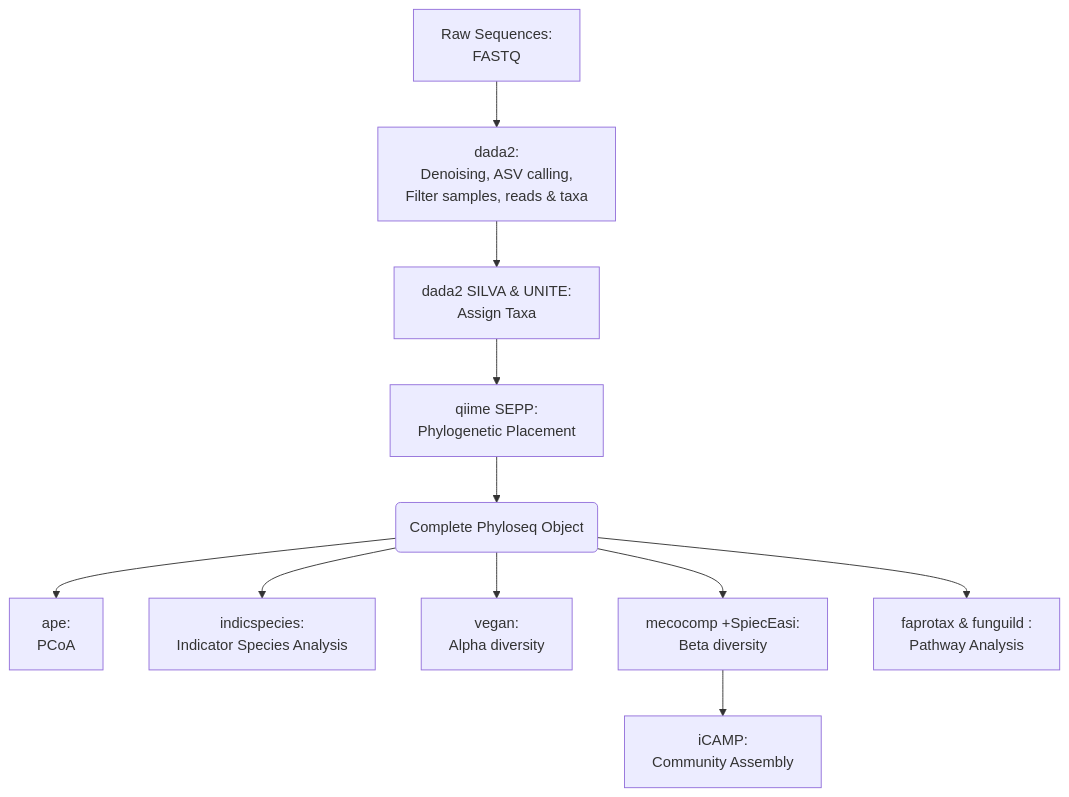
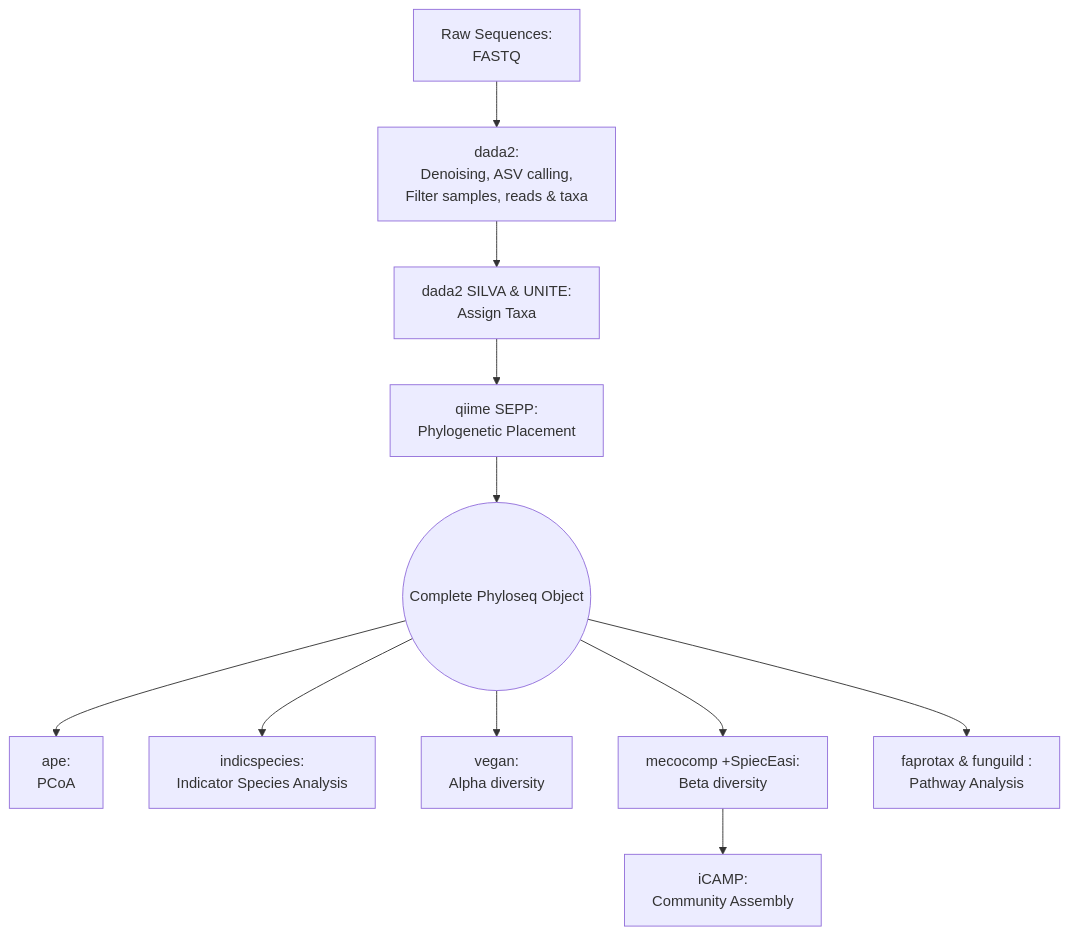
The first of 2 diagrams in README.md (dbioinfo/drhizo), drawn with Mermaid before and after one commit.

````diff
--- a/README.md
+++ b/README.md
@@ -8,13 +8,13 @@
 ```mermaid
 graph TB;
     A[Raw Sequences: \nFASTQ] --> B[dada2: \nDenoising, ASV calling, \nFilter samples, reads & taxa];
     B --> C[dada2 SILVA & UNITE: \nAssign Taxa];
     C --> K[qiime SEPP: \nPhylogenetic Placement];
-    K --> D(Complete Phyloseq Object);
+    K --> D((Complete Phyloseq Object));
     D --> H[ape: \nPCoA];
     D --> G[indicspecies: \nIndicator Species Analysis];
     D --> J[vegan: \nAlpha diversity];
     D --> E[mecocomp +SpiecEasi: \nBeta diversity];
     E --> F[iCAMP: \nCommunity Assembly];
     D --> I[faprotax & funguild : \nPathway Analysis];
 ```
````
